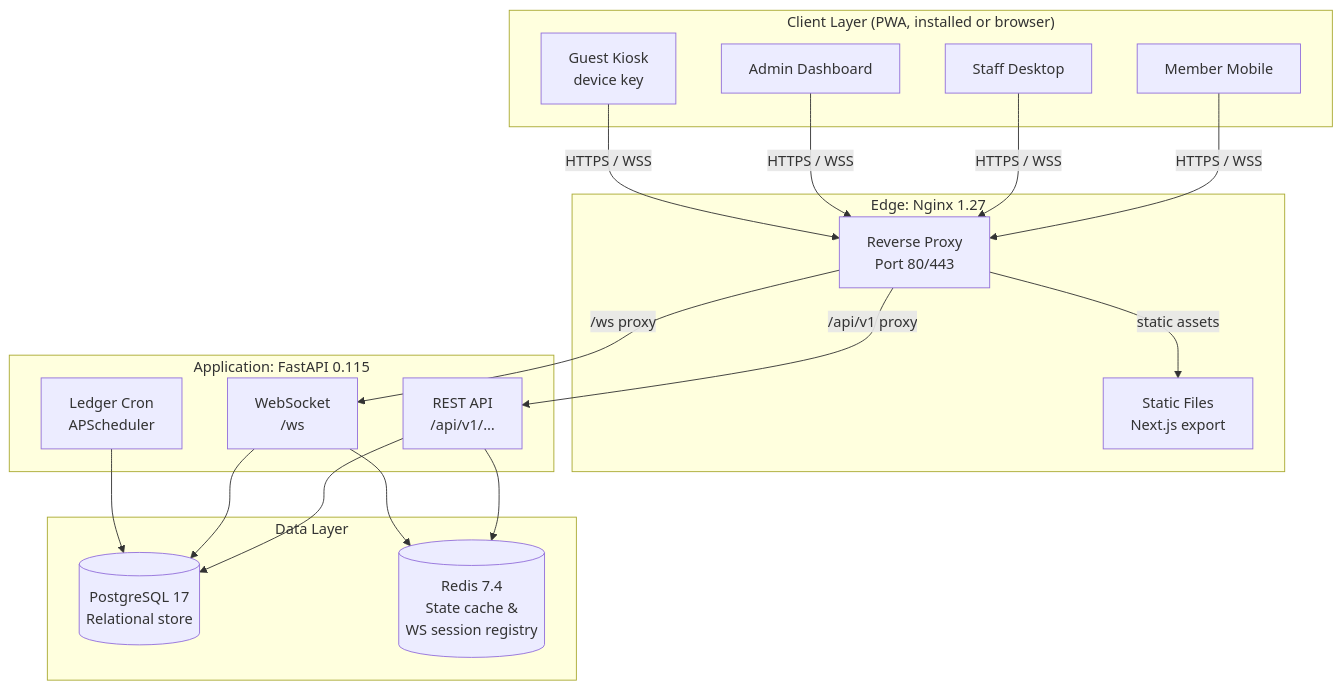
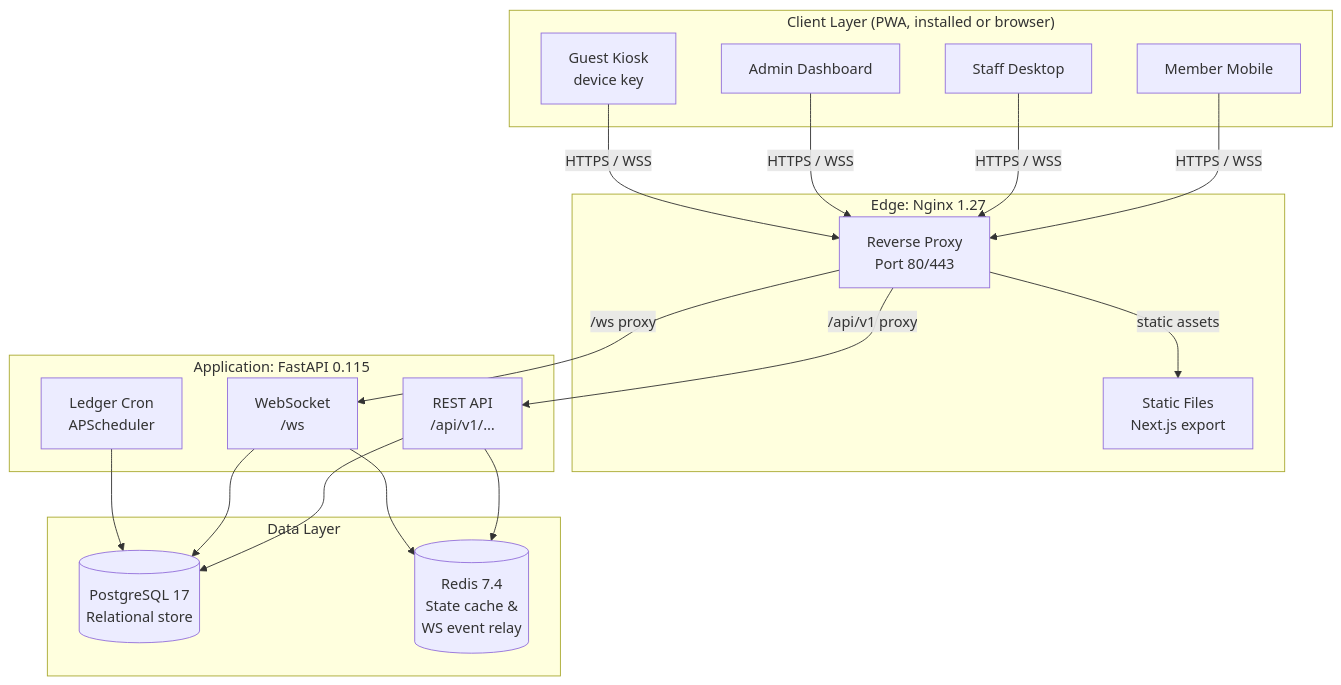
Before and after one commit to Life-Experimentalist/Chronos-Ledger: the first of 5 diagrams in docs/architecture.md, drawn with Mermaid. The commit also changed other lines of this file and 9 other files, not shown here.

````diff
--- a/docs/architecture.md
+++ b/docs/architecture.md
@@ -7,32 +7,32 @@
 ```mermaid
 graph TB
     subgraph Clients["Client Layer (PWA, installed or browser)"]
         S[Member Mobile]
         F[Staff Desktop]
         A[Admin Dashboard]
         G[Guest Kiosk<br/>device key]
     end
 
     subgraph Edge["Edge: Nginx 1.27"]
         NX[Reverse Proxy<br/>Port 80/443]
         ST[Static Files<br/>Next.js export]
     end
 
     subgraph App["Application: FastAPI 0.115"]
         API[REST API<br/>/api/v1/…]
         WS[WebSocket<br/>/ws]
         CRON[Ledger Cron<br/>APScheduler]
     end
 
     subgraph Data["Data Layer"]
         PG[(PostgreSQL 17<br/>Relational store)]
-        RD[(Redis 7.4<br/>State cache &amp;<br/>WS session registry)]
+        RD[(Redis 7.4<br/>State cache &amp;<br/>WS event relay)]
     end
 
     S & F & A & G -->|HTTPS / WSS| NX
     NX -->|static assets| ST
     NX -->|/api/v1 proxy| API
     NX -->|/ws proxy| WS
     API & WS & CRON --> PG
     API & WS --> RD
 ```
````
